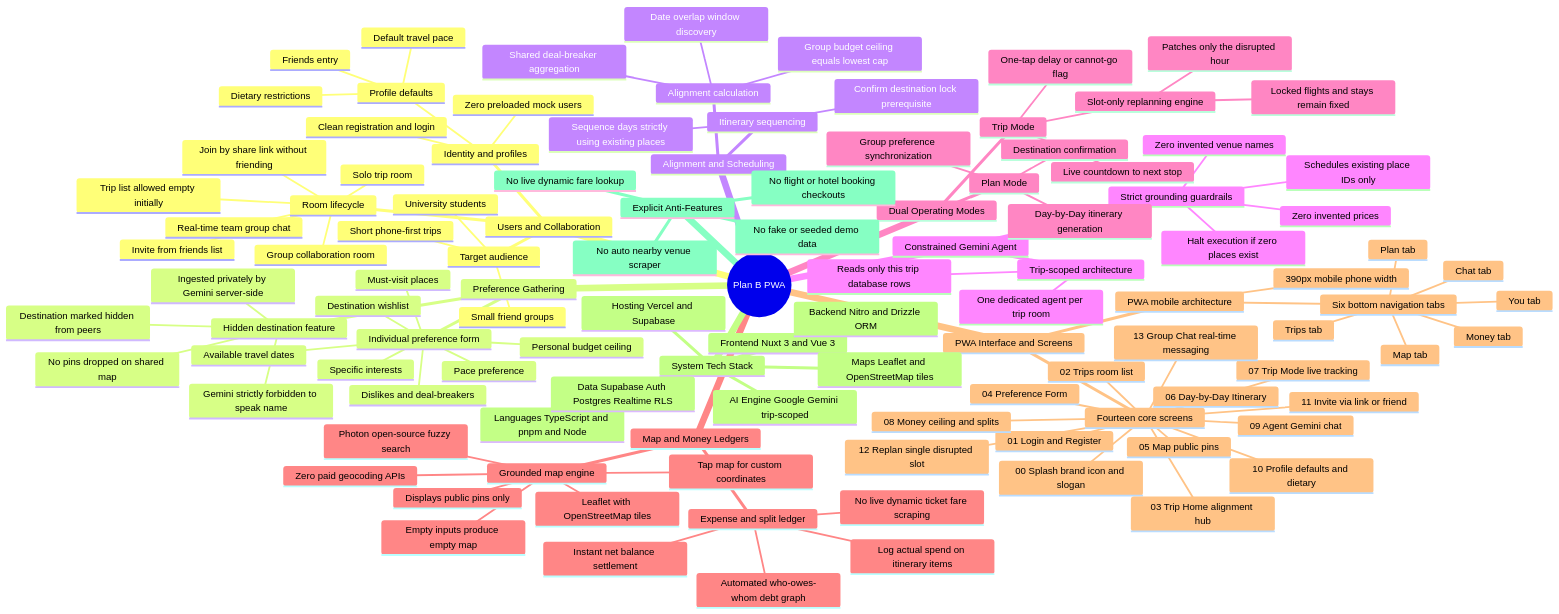
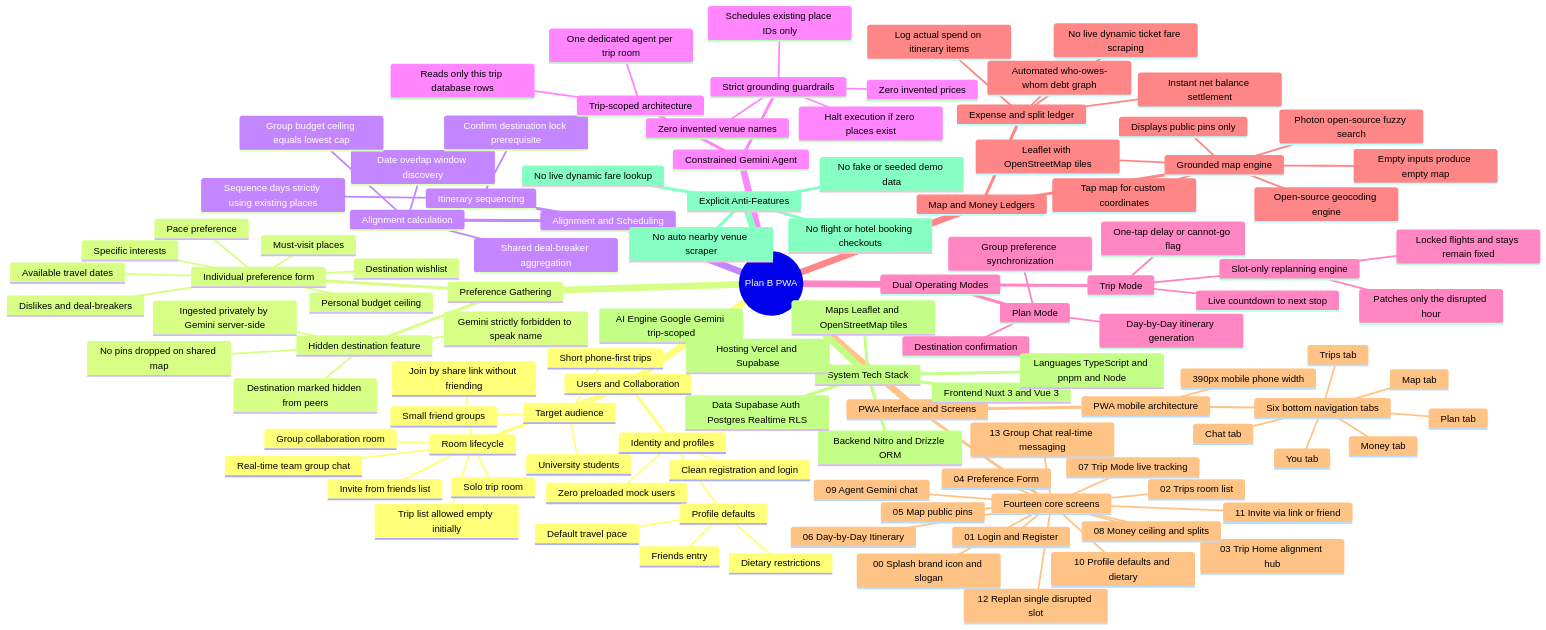
One commit to nlzce/We-are-the-champions_Plan-B changed the seventh of 7 diagrams in docs/ideation.md. Above: the diagram before and after it, drawn with Mermaid. The commit also changed other lines of this file and 2 other files, not shown here.

Commit message:
docs: refine architecture wording and remove zero-cost/zero-paid phrasing

```diff
--- a/docs/ideation.md
+++ b/docs/ideation.md
@@ -377,7 +377,7 @@
         Photon open-source fuzzy search
         Tap map for custom coordinates
         Displays public pins only
-        Zero paid geocoding APIs
+        Open-source geocoding engine
         Empty inputs produce empty map
       Expense and split ledger
         Log actual spend on itinerary items
```
